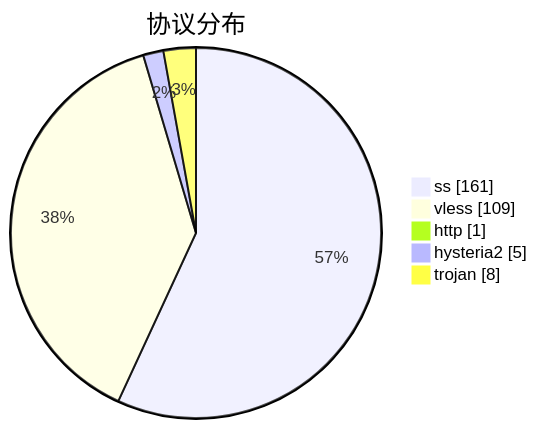
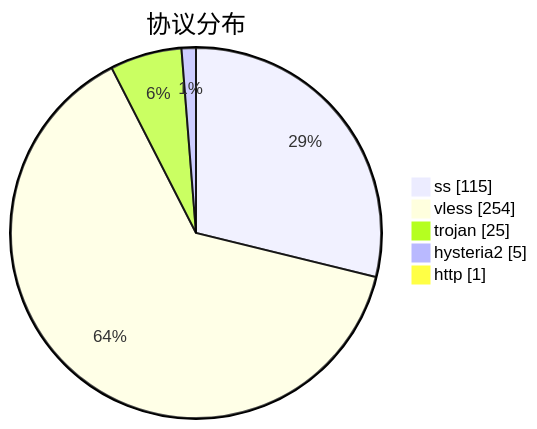
The third of 3 diagrams in subs/statistics/tested_within.md (qjlxg/airport), drawn with Mermaid before and after one commit. The commit also changed other lines of this file and 2 other files, not shown here.

````diff
--- a/subs/statistics/tested_within.md
+++ b/subs/statistics/tested_within.md
@@ -17,9 +18,9 @@
 ```mermaid
 pie showData
 title 协议分布
-"ss" : 161
-"vless" : 109
+"ss" : 115
+"vless" : 254
+"trojan" : 25
+"hysteria2" : 5
 "http" : 1
-"hysteria2" : 5
-"trojan" : 8
 ```
````
